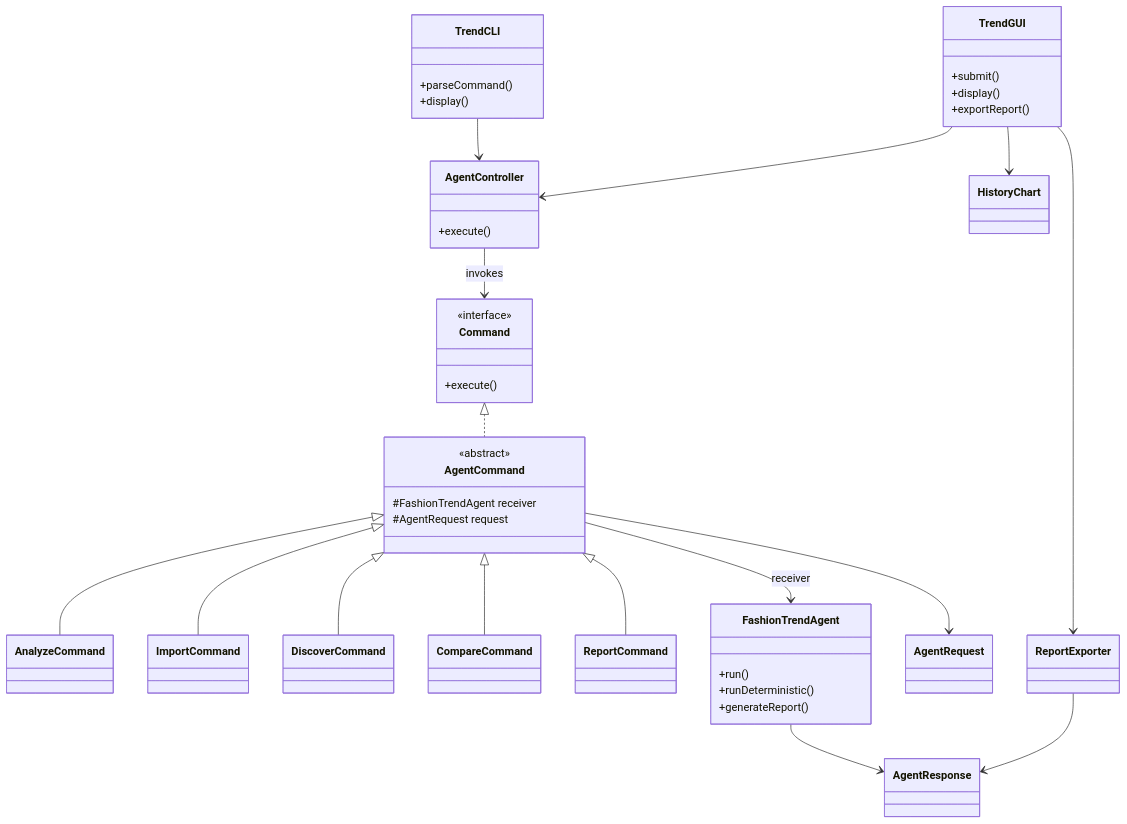
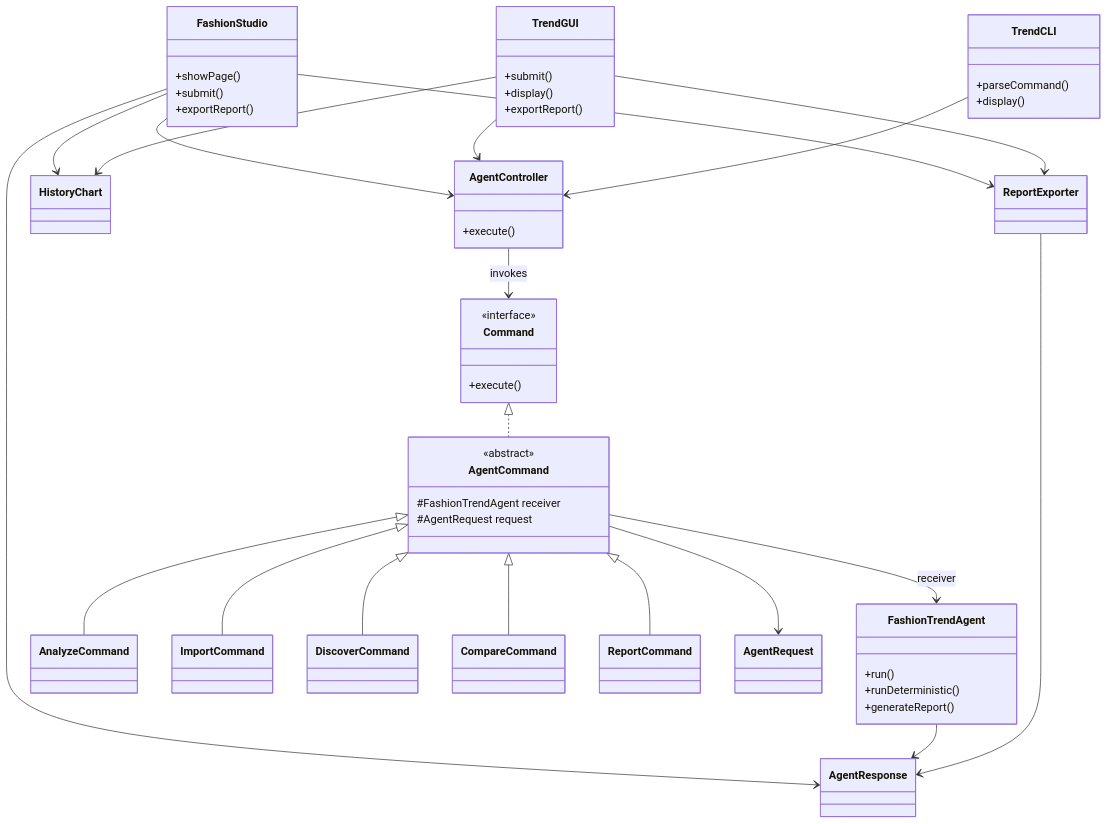
One commit to yunieyeonseolee/fashion-trend-agent-EECS-3311 changed the diagram in docs/diagrams/class-ui.mmd. Above: the diagram before and after it, drawn with Mermaid. The commit also changed 9 other files, not shown here.

Commit message:
Add Atelier fashion studio with task-focused navigation and separate AI evidence views

```diff
--- a/docs/diagrams/class-ui.mmd
+++ b/docs/diagrams/class-ui.mmd
@@ -1,43 +1,52 @@
 classDiagram
  direction TB
+ class FashionStudio {
+  +showPage()
+  +submit()
+  +exportReport()
+ }
+ FashionStudio --> AgentController
+ FashionStudio --> AgentResponse
+ FashionStudio --> HistoryChart
+ FashionStudio --> ReportExporter
  class TrendGUI {
   +submit()
   +display()
   +exportReport()
  }
  class TrendCLI {
   +parseCommand()
   +display()
  }
  class AgentController {
   +execute()
  }
  class Command {
   <<interface>>
   +execute()
  }
  class AgentCommand {
   <<abstract>>
   #FashionTrendAgent receiver
   #AgentRequest request
  }
  class FashionTrendAgent {
   +run()
   +runDeterministic()
   +generateReport()
  }
  TrendGUI --> AgentController
  TrendCLI --> AgentController
  AgentController --> Command : invokes
  Command <|.. AgentCommand
  AgentCommand <|-- AnalyzeCommand
  AgentCommand <|-- ImportCommand
  AgentCommand <|-- DiscoverCommand
  AgentCommand <|-- CompareCommand
  AgentCommand <|-- ReportCommand
  AgentCommand --> FashionTrendAgent : receiver
  AgentCommand --> AgentRequest
  FashionTrendAgent --> AgentResponse
  TrendGUI --> HistoryChart
  TrendGUI --> ReportExporter
  ReportExporter --> AgentResponse
```
